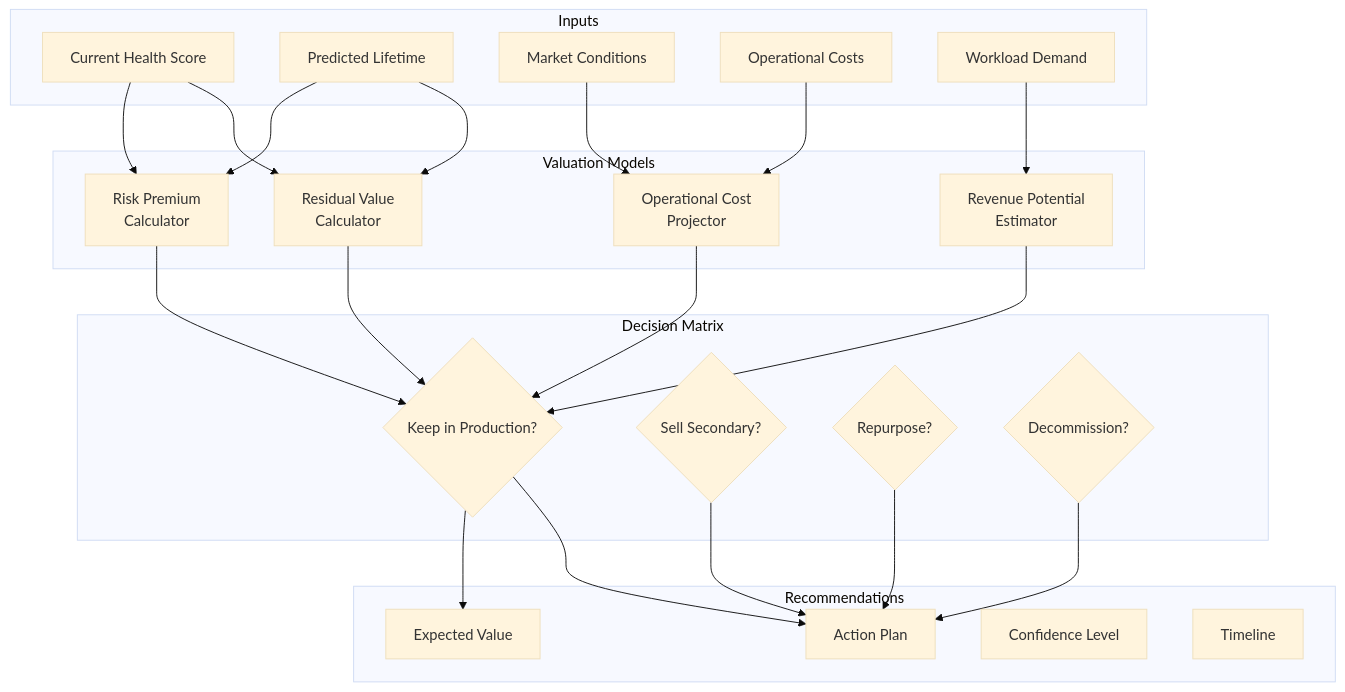
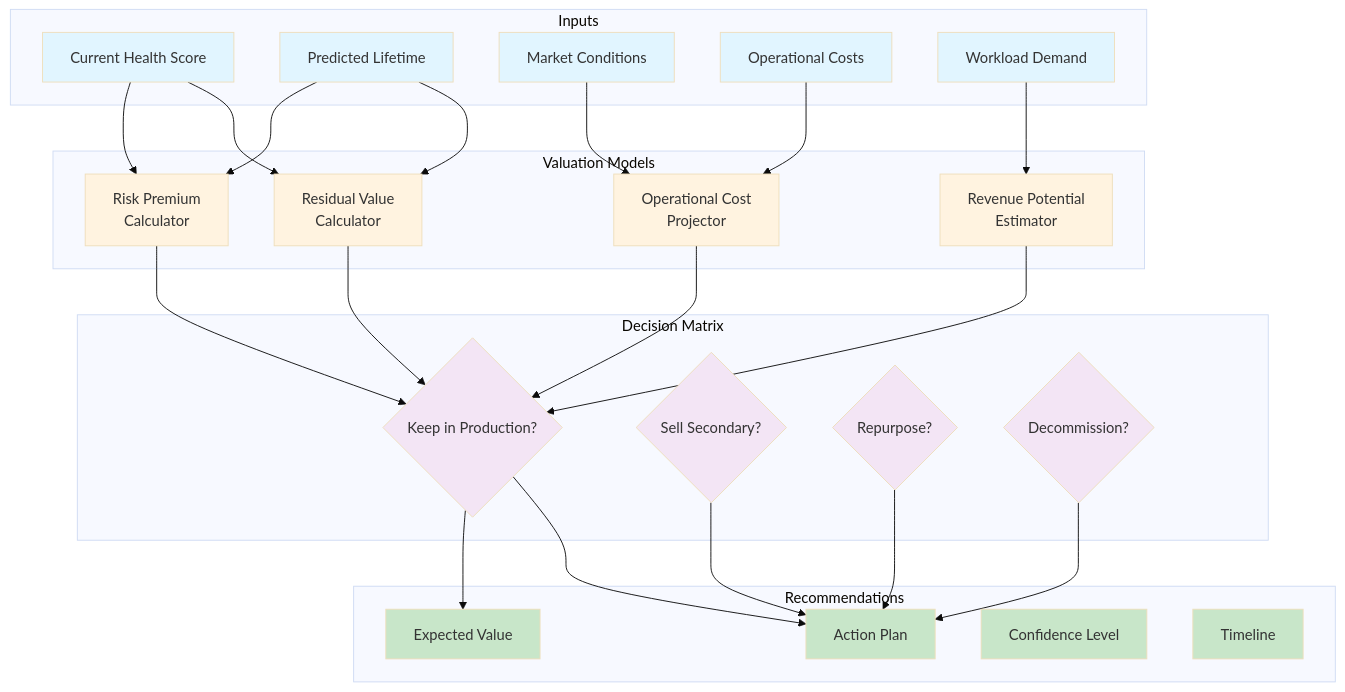
Before and after one commit to SolidRegardless/gpu-health-monitor: the sixth of 12 diagrams in gpu-health-system-architecture.md, drawn with Mermaid (base theme). The commit also changed other lines of this file, not shown here.

Commit message:
Add color-coded Mermaid diagrams to system architecture document

````diff
--- a/gpu-health-system-architecture.md
+++ b/gpu-health-system-architecture.md
@@ -382,52 +454,70 @@
 ```mermaid
 graph TB
     subgraph "Inputs"
         I1[Current Health Score]
         I2[Predicted Lifetime]
         I3[Market Conditions]
         I4[Operational Costs]
         I5[Workload Demand]
     end
     
     subgraph "Valuation Models"
         V1[Residual Value<br/>Calculator]
         V2[Operational Cost<br/>Projector]
         V3[Revenue Potential<br/>Estimator]
         V4[Risk Premium<br/>Calculator]
     end
     
     subgraph "Decision Matrix"
         D1{Keep in Production?}
         D2{Sell Secondary?}
         D3{Repurpose?}
         D4{Decommission?}
     end
     
     subgraph "Recommendations"
         R1[Action Plan]
         R2[Expected Value]
         R3[Confidence Level]
         R4[Timeline]
     end
     
     I1 --> V1
     I2 --> V1
     I3 --> V2
     I4 --> V2
     I5 --> V3
     
     I1 --> V4
     I2 --> V4
     
     V1 --> D1
     V2 --> D1
     V3 --> D1
     V4 --> D1
     
     D1 --> R1
     D2 --> R1
     D3 --> R1
     D4 --> R1
     
     D1 --> R2
+    
+    style I1 fill:#e1f5ff
+    style I2 fill:#e1f5ff
+    style I3 fill:#e1f5ff
+    style I4 fill:#e1f5ff
+    style I5 fill:#e1f5ff
+    style V1 fill:#fff3e0
+    style V2 fill:#fff3e0
+    style V3 fill:#fff3e0
+    style V4 fill:#fff3e0
+    style D1 fill:#f3e5f5
+    style D2 fill:#f3e5f5
+    style D3 fill:#f3e5f5
+    style D4 fill:#f3e5f5
+    style R1 fill:#c8e6c9
+    style R2 fill:#c8e6c9
+    style R3 fill:#c8e6c9
+    style R4 fill:#c8e6c9
 ```
````
